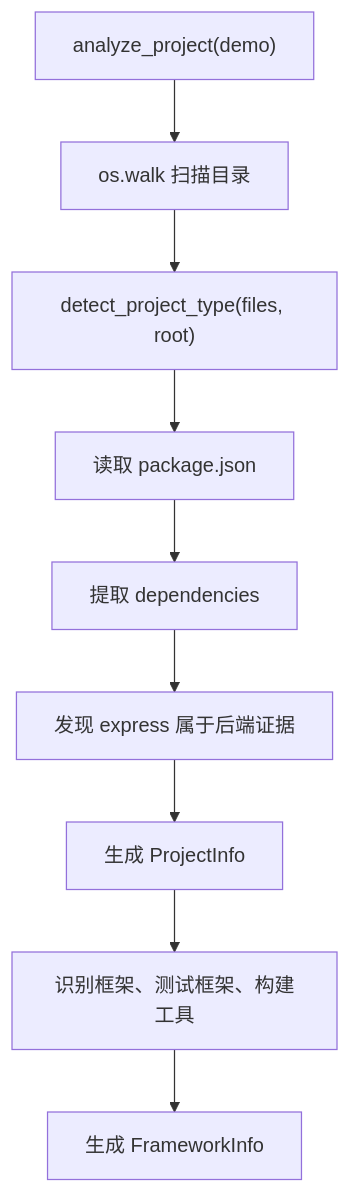
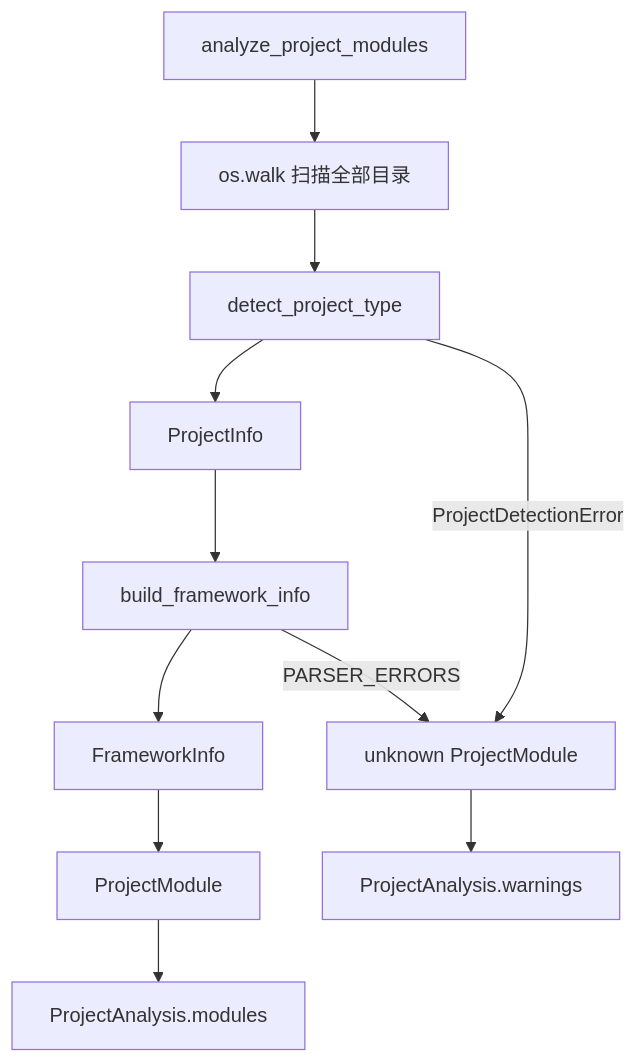
One commit to 1193082625/test-assistant changed the second of 2 diagrams in README.md. Above: the diagram before and after it, drawn with Mermaid. The commit also changed other lines of this file and 3 other files, not shown here.

````diff
--- a/README.md
+++ b/README.md
@@ -89,11 +93,14 @@
 ```mermaid
 flowchart TD
-    A["analyze_project(demo)"] --> B["os.walk 扫描目录"]
-    B --> C["detect_project_type(files, root)"]
-    C --> D["读取 package.json"]
-    D --> E["提取 dependencies"]
-    E --> F["发现 express 属于后端证据"]
-    F --> G["生成 ProjectInfo"]
-    G --> H["识别框架、测试框架、构建工具"]
-    H --> I["生成 FrameworkInfo"]
+    A["analyze_project_modules"] --> B["os.walk 扫描全部目录"]
+    B --> C["detect_project_type"]
+    C --> D["ProjectInfo"]
+    D --> E["build_framework_info"]
+    E --> F["FrameworkInfo"]
+    F --> G["ProjectModule"]
+    G --> H["ProjectAnalysis.modules"]
+
+    C -->|ProjectDetectionError| I["unknown ProjectModule"]
+    E -->|PARSER_ERRORS| I
+    I --> J["ProjectAnalysis.warnings"]
 ```
````
